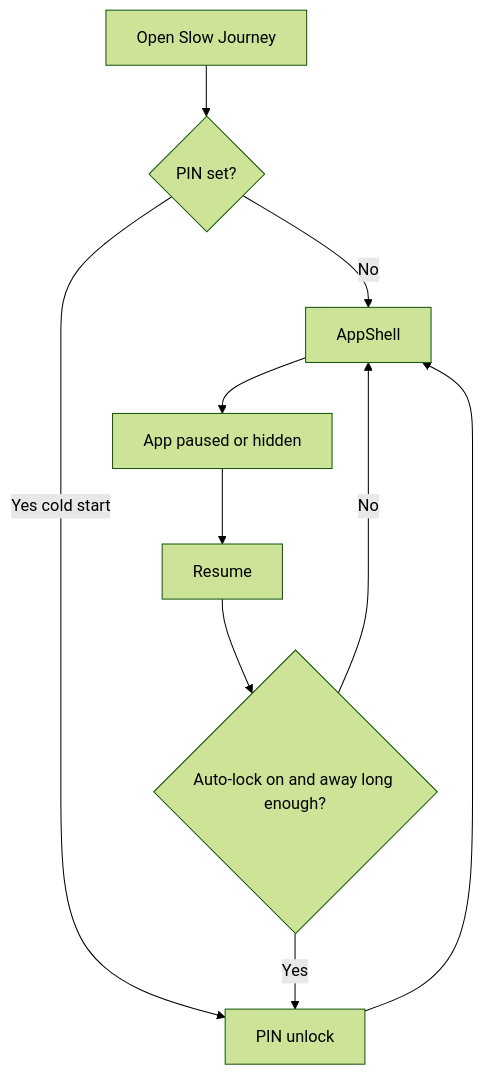
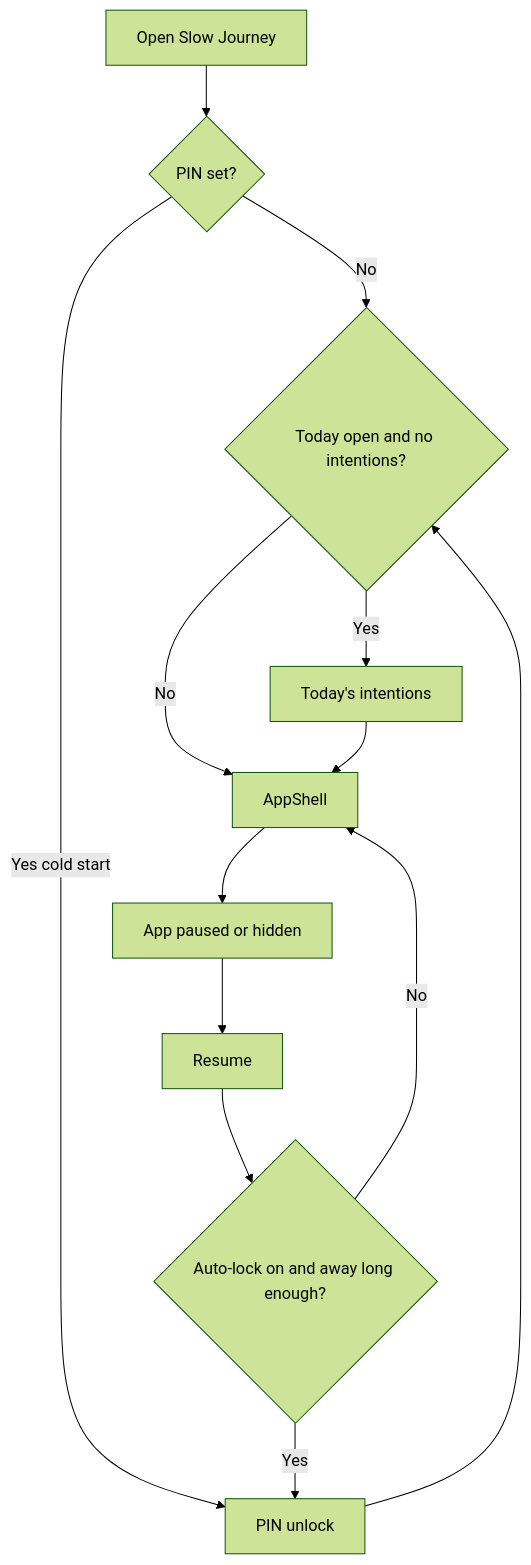
One commit to chingalo-family/slow-journey changed the second of 4 diagrams in docs/diagrams/app-flows.md. Above: the diagram before and after it, drawn with Mermaid (forest theme). The commit also changed other lines of this file and 9 other files, not shown here.

Commit message:
feat: Enhance user flow for PIN unlock and intentions setup, update notifications and planner documentation

````diff
--- a/docs/diagrams/app-flows.md
+++ b/docs/diagrams/app-flows.md
@@ -27,12 +30,15 @@
 ```mermaid
 flowchart TD
   open[Open Slow Journey] --> pinSet{PIN set?}
-  pinSet -->|No| shell[AppShell]
+  pinSet -->|No| intentions{Today open and no intentions?}
   pinSet -->|Yes cold start| unlock[PIN unlock]
-  unlock --> shell
+  unlock --> intentions
+  intentions -->|Yes| set[Today's intentions]
+  intentions -->|No| shell[AppShell]
+  set --> shell
   shell --> leave[App paused or hidden]
   leave --> back[Resume]
   back --> auto{Auto-lock on and away long enough?}
   auto -->|No| shell
   auto -->|Yes| unlock
 ```
````
